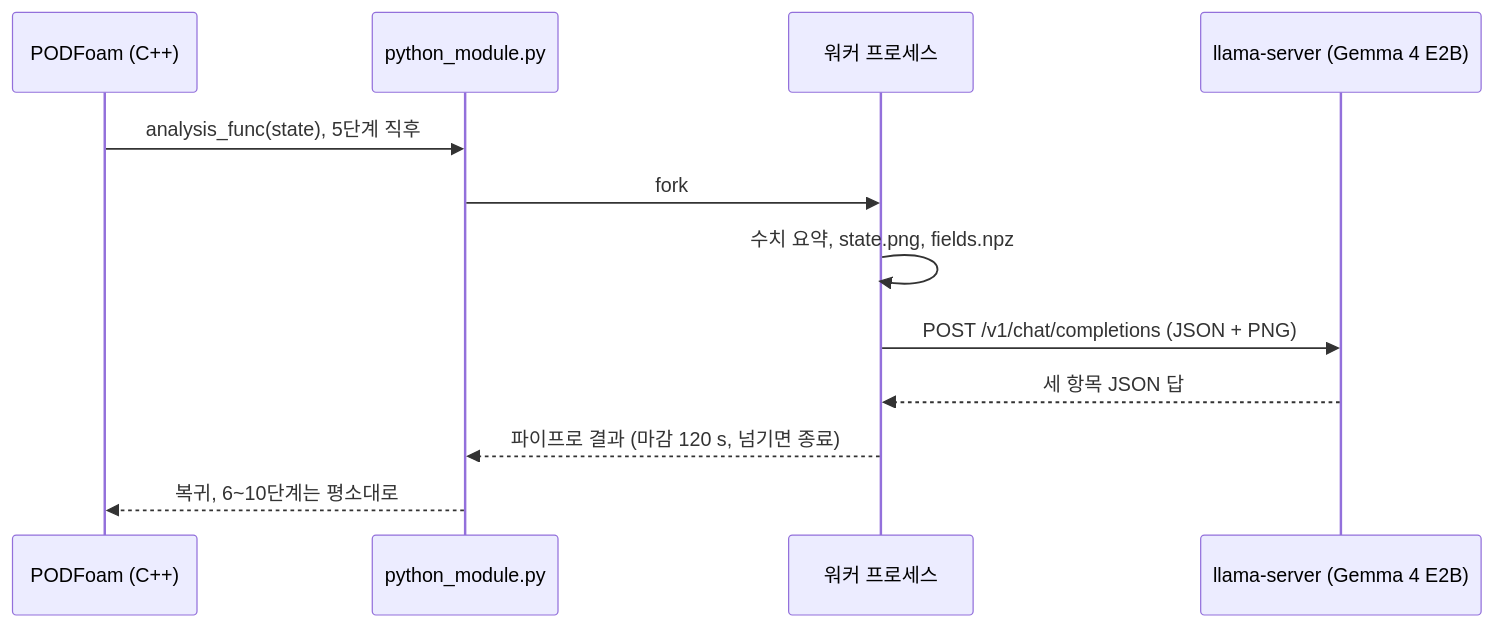
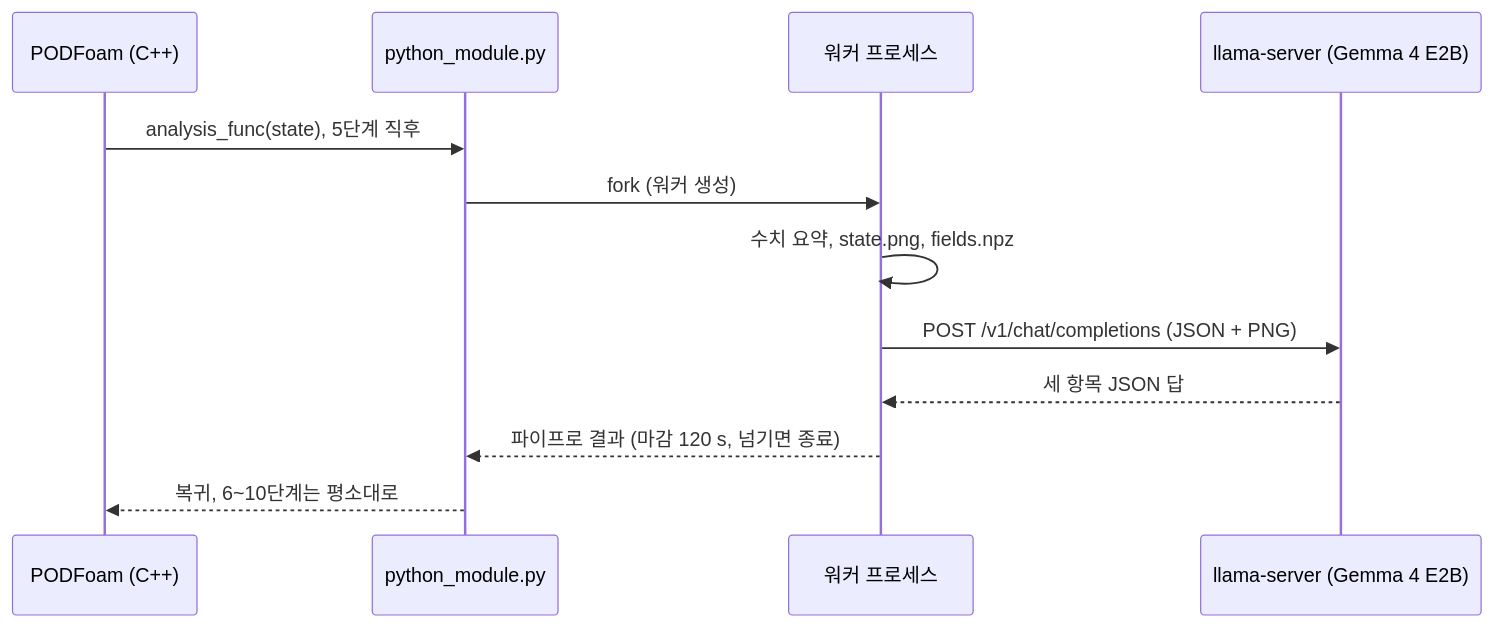
The diagram in README.md (seungminyome/PythonFOAM-Korean), drawn with Mermaid before and after one commit. The commit also changed other lines of this file and 4 other files, not shown here.

````diff
--- a/README.md
+++ b/README.md
@@ -45,14 +45,14 @@
 ```mermaid
 sequenceDiagram
     participant S as PODFoam (C++)
     participant P as python_module.py
     participant W as 워커 프로세스
     participant L as llama-server (Gemma 4 E2B)
     S->>P: analysis_func(state), 5단계 직후
-    P->>W: fork
+    P->>W: fork (워커 생성)
     W->>W: 수치 요약, state.png, fields.npz
     W->>L: POST /v1/chat/completions (JSON + PNG)
     L-->>W: 세 항목 JSON 답
     W-->>P: 파이프로 결과 (마감 120 s, 넘기면 종료)
     P-->>S: 복귀, 6~10단계는 평소대로
 ```
````
